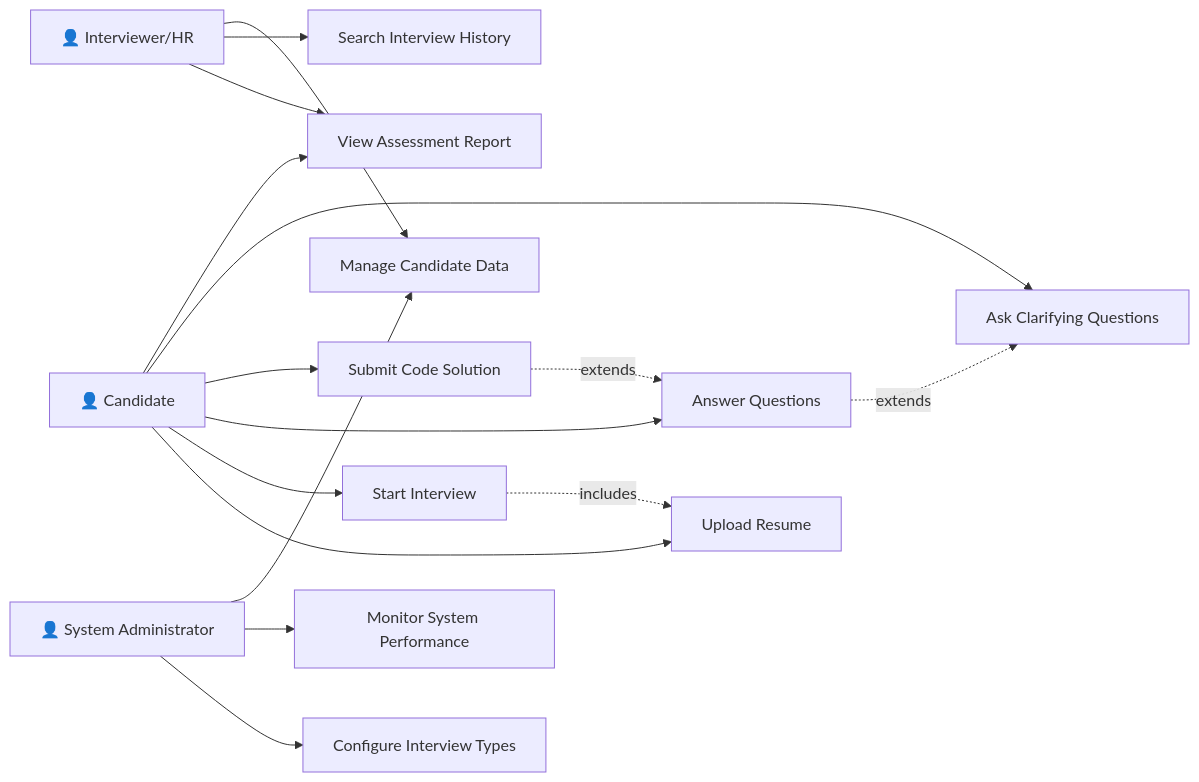
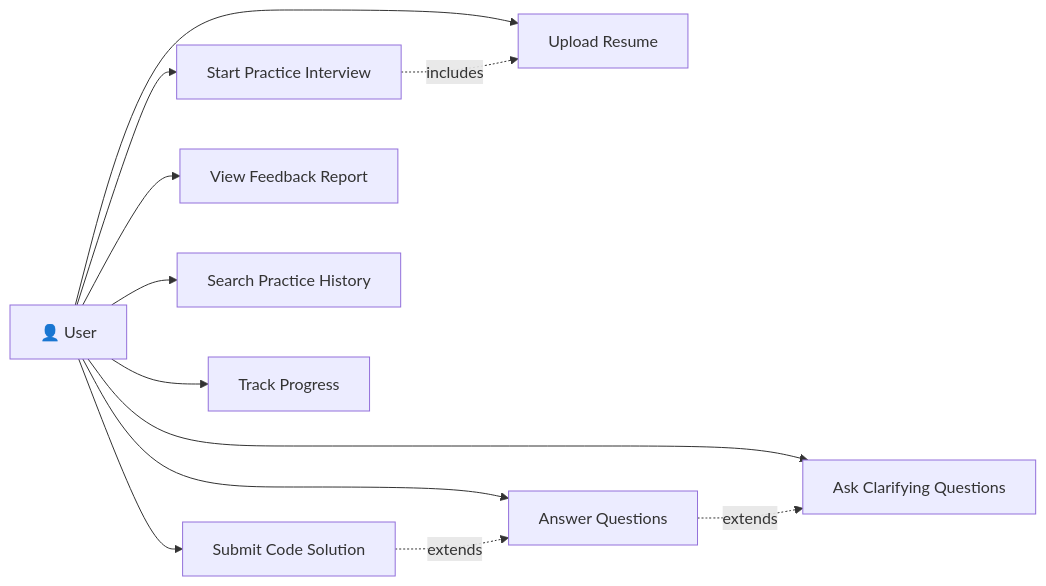
One commit to Kamesh-A-19900/aimockinterview changed the first of 2 diagrams in design.md. Above: the diagram before and after it, drawn with Mermaid. The commit also changed other lines of this file and 1 other file, not shown here.

````diff
--- a/design.md
+++ b/design.md
@@ -335,36 +335,26 @@
 ```mermaid
 graph LR
-    Candidate[👤 Candidate]
-    Interviewer[👤 Interviewer/HR]
-    Admin[👤 System Administrator]
+    User[👤 User]
     
     UC1[Upload Resume]
-    UC2[Start Interview]
+    UC2[Start Practice Interview]
     UC3[Answer Questions]
     UC4[Submit Code Solution]
     UC5[Ask Clarifying Questions]
-    UC6[View Assessment Report]
-    UC7[Search Interview History]
-    UC8[Configure Interview Types]
-    UC9[Monitor System Performance]
-    UC10[Manage Candidate Data]
+    UC6[View Feedback Report]
+    UC7[Search Practice History]
+    UC8[Track Progress]
     
-    Candidate --> UC1
-    Candidate --> UC2
-    Candidate --> UC3
-    Candidate --> UC4
-    Candidate --> UC5
-    Candidate --> UC6
-    
-    Interviewer --> UC6
-    Interviewer --> UC7
-    Interviewer --> UC10
-    
-    Admin --> UC8
-    Admin --> UC9
-    Admin --> UC10
+    User --> UC1
+    User --> UC2
+    User --> UC3
+    User --> UC4
+    User --> UC5
+    User --> UC6
+    User --> UC7
+    User --> UC8
     
     UC2 -.includes.-> UC1
     UC3 -.extends.-> UC5
     UC4 -.extends.-> UC3
 ```
````
